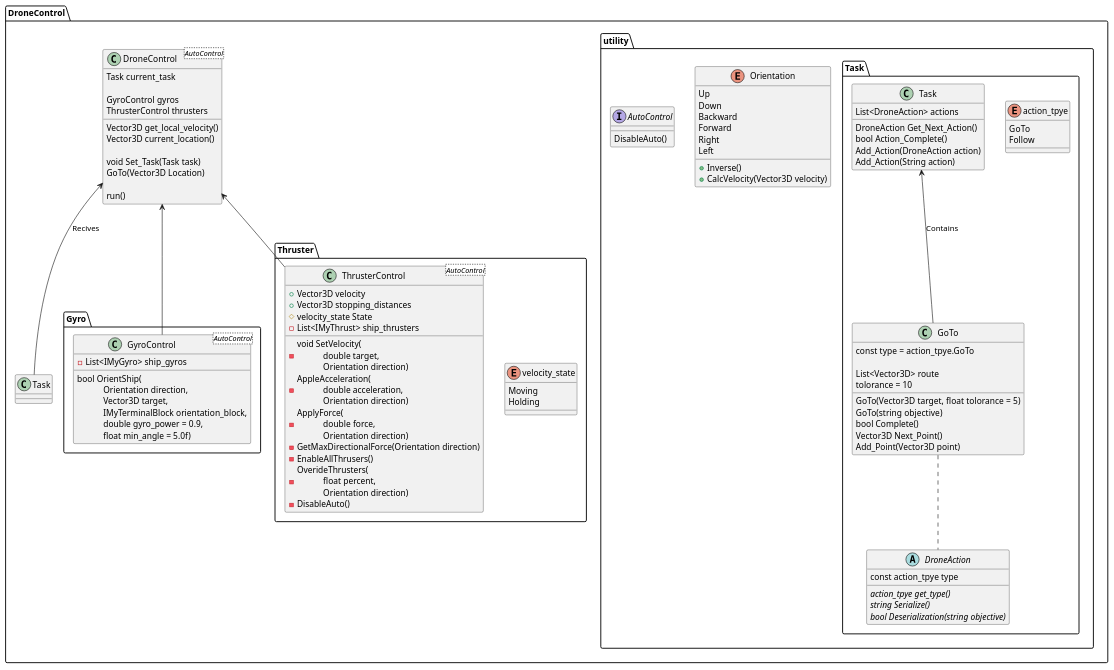
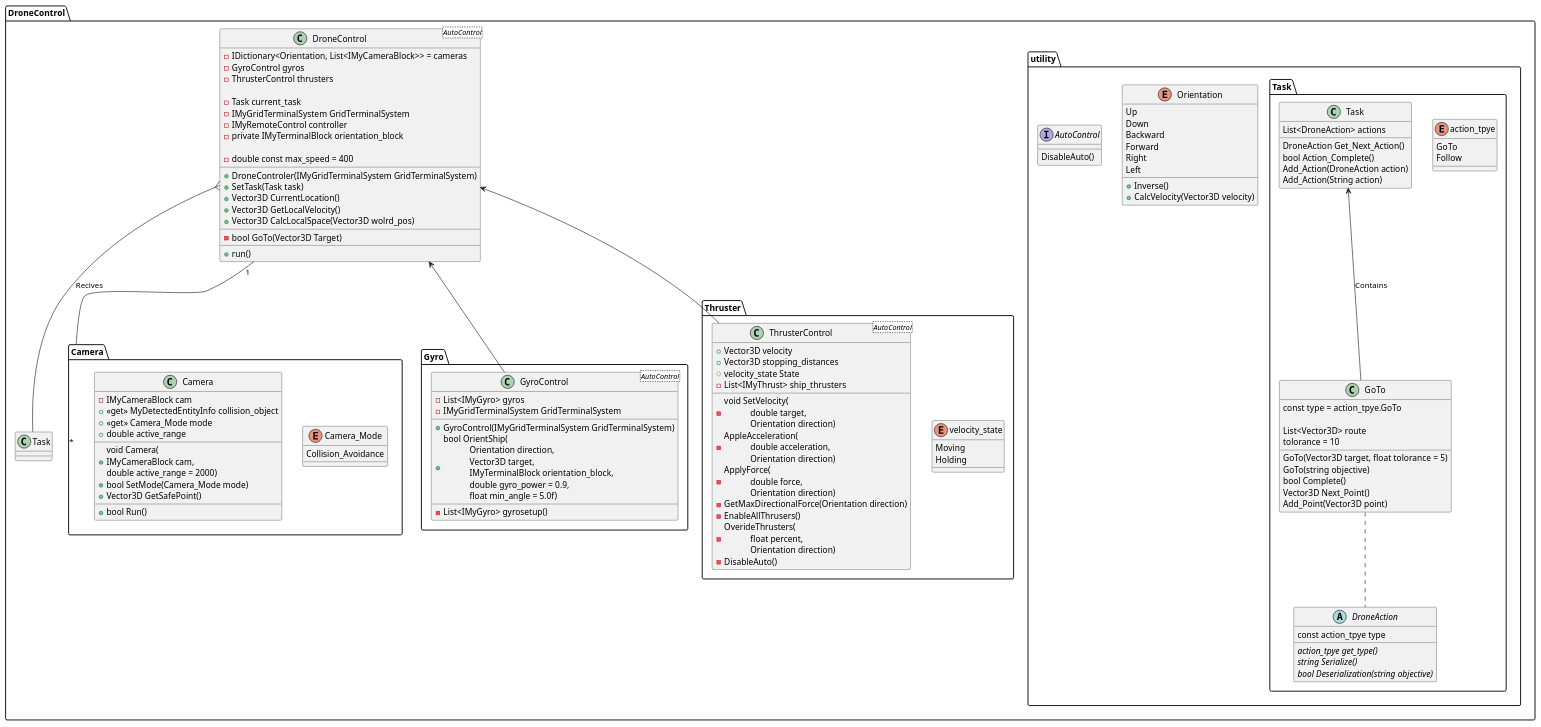
The diagram in Design/SpecDiagram.pu (jacob7395/DroneControl), drawn with PlantUML before and after one commit.

Commit message:
Update SpecDiagram.pu
Updated thruster, gyros and drone control with all info from current implementation. Also added spec for the camera object.

```diff
--- a/Design/SpecDiagram.pu
+++ b/Design/SpecDiagram.pu
@@ -1,126 +1,157 @@
 package DroneControl {
 
     package utility {
         enum Orientation {
             Up
             Down
             Backward
             Forward
             Right
             Left
 
             +Inverse()
             +CalcVelocity(Vector3D velocity)
         }
 
         interface AutoControl {
             DisableAuto()
         }
 
         package Task {
 
             enum action_tpye {
                 GoTo
                 Follow
             }
 
             abstract DroneAction {
                 const action_tpye type
 
                 {abstract} action_tpye get_type()
                 {abstract} string Serialize()
                 {abstract} bool Deserialization(string objective)
             }
 
             class GoTo {
                 const type = action_tpye.GoTo
 
                 List<Vector3D> route
                 tolorance = 10
 
                 GoTo(Vector3D target, float tolorance = 5)
                 GoTo(string objective)
                 bool Complete()
                 Vector3D Next_Point()
                 Add_Point(Vector3D point)
             }     
 
             class Task {
                 List<DroneAction> actions
 
                 DroneAction Get_Next_Action()
                 bool Action_Complete()
                 Add_Action(DroneAction action)
                 Add_Action(String action)
             }
 
             GoTo .. DroneAction
             Task <-- GoTo : Contains
         }
     }
 
+    package Camera {
+        enum Camera_Mode {
+            Collision_Avoidance
+        }
+
+        class Camera {
+            -IMyCameraBlock cam
+            +<<get>> MyDetectedEntityInfo collision_object
+            +<<get>> Camera_Mode mode
+            +double active_range
+            __
+            +void Camera(\nIMyCameraBlock cam,\ndouble active_range = 2000)
+            +bool SetMode(Camera_Mode mode)
+            +Vector3D GetSafePoint()
+            __
+            +bool Run()
+        }
+    }
+
     package Gyro {
         class GyroControl <AutoControl>{
-            -List<IMyGyro> ship_gyros
-
-            bool OrientShip(\n\
+            -List<IMyGyro> gyros
+            -IMyGridTerminalSystem GridTerminalSystem
+            __
+            +GyroControl(IMyGridTerminalSystem GridTerminalSystem)
+            +bool OrientShip(\n\
             Orientation direction,\n\
             Vector3D target,\n\
             IMyTerminalBlock orientation_block,\n\
             double gyro_power = 0.9,\n\
             float min_angle = 5.0f)
-
+            __
+            -List<IMyGyro> gyrosetup()
         }
     }
 
     package Thruster {
         enum velocity_state
         {
             Moving
             Holding
         }
 
         class ThrusterControl <AutoControl>{
             
             +Vector3D velocity
             +Vector3D stopping_distances
             #velocity_state State
             -List<IMyThrust> ship_thrusters
 
             -void SetVelocity(\n\
             double target,\n\
             Orientation direction)
             -AppleAcceleration(\n\
             double acceleration,\n\
             Orientation direction)
             -ApplyForce(\n\
             double force,\n\
             Orientation direction)
             -GetMaxDirectionalForce(Orientation direction)
             -EnableAllThrusers()
             -OverideThrusters(\n\
             float percent,\n\
             Orientation direction)
             -DisableAuto()
         }
     }
 
     class DroneControl <AutoControl>{
-        Task current_task
-        
-        GyroControl gyros
-        ThrusterControl thrusters
+        -IDictionary<Orientation, List<IMyCameraBlock>> = cameras
+        -GyroControl gyros
+        -ThrusterControl thrusters
 
-        Vector3D get_local_velocity()
-        Vector3D current_location()
+        -Task current_task
+        -IMyGridTerminalSystem GridTerminalSystem
+        -IMyRemoteControl controller
+        -private IMyTerminalBlock orientation_block
 
-        void Set_Task(Task task)
-        GoTo(Vector3D Location)
-
-        run()
+        -double const max_speed = 400
+        __
+        +DroneControler(IMyGridTerminalSystem GridTerminalSystem)
+        +SetTask(Task task)
+        +Vector3D CurrentLocation()
+        +Vector3D GetLocalVelocity()
+        +Vector3D CalcLocalSpace(Vector3D wolrd_pos)
+        __
+        -bool GoTo(Vector3D Target)
+        __
+        +run()
     }
 
     DroneControl <-- ThrusterControl
     DroneControl <-- GyroControl
-    DroneControl <-- Task : Recives
+    DroneControl }-- Task : Recives
+    DroneControl "1" -- "*" Camera
 }
```
